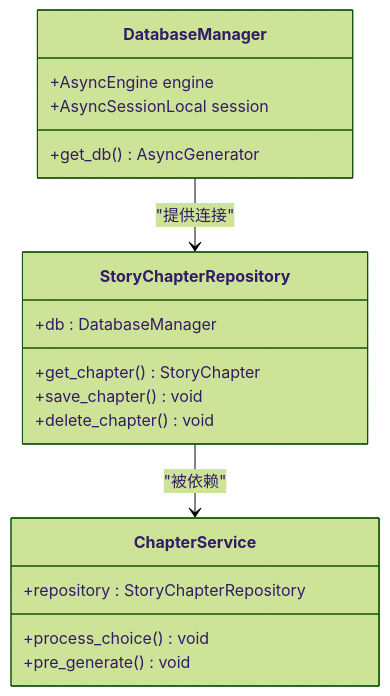
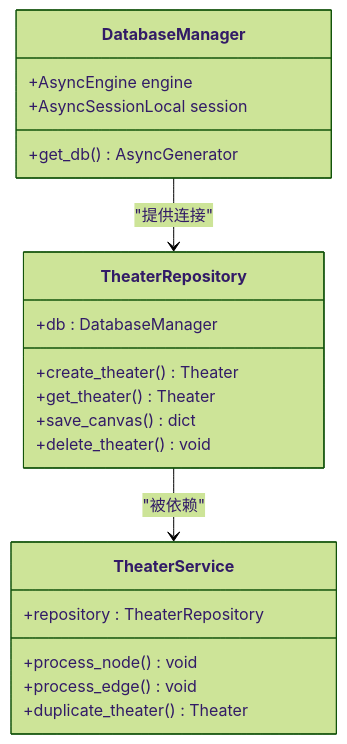
One commit to KunLabAI/KunFlix changed diagram 11 of 13 in .qoder/repowiki/zh/content/数据库设计/故事章节模型.md. Above: the diagram before and after it, drawn with Mermaid (forest theme). The commit also changed other lines of this file and 39 other files, not shown here.

````diff
--- a/.qoder/repowiki/zh/content/数据库设计/故事章节模型.md
+++ b/.qoder/repowiki/zh/content/数据库设计/故事章节模型.md
@@ -366,21 +580,23 @@
 ```mermaid
 classDiagram
 class DatabaseManager {
 +AsyncEngine engine
 +AsyncSessionLocal session
 +get_db() AsyncGenerator
 }
-class StoryChapterRepository {
+class TheaterRepository {
 +db : DatabaseManager
-+get_chapter() StoryChapter
-+save_chapter() void
-+delete_chapter() void
++create_theater() Theater
++get_theater() Theater
++save_canvas() dict
++delete_theater() void
 }
-class ChapterService {
-+repository : StoryChapterRepository
-+process_choice() void
-+pre_generate() void
+class TheaterService {
++repository : TheaterRepository
++process_node() void
++process_edge() void
++duplicate_theater() Theater
 }
-DatabaseManager --> StoryChapterRepository : "提供连接"
-StoryChapterRepository --> ChapterService : "被依赖"
+DatabaseManager --> TheaterRepository : "提供连接"
+TheaterRepository --> TheaterService : "被依赖"
 ```
````
